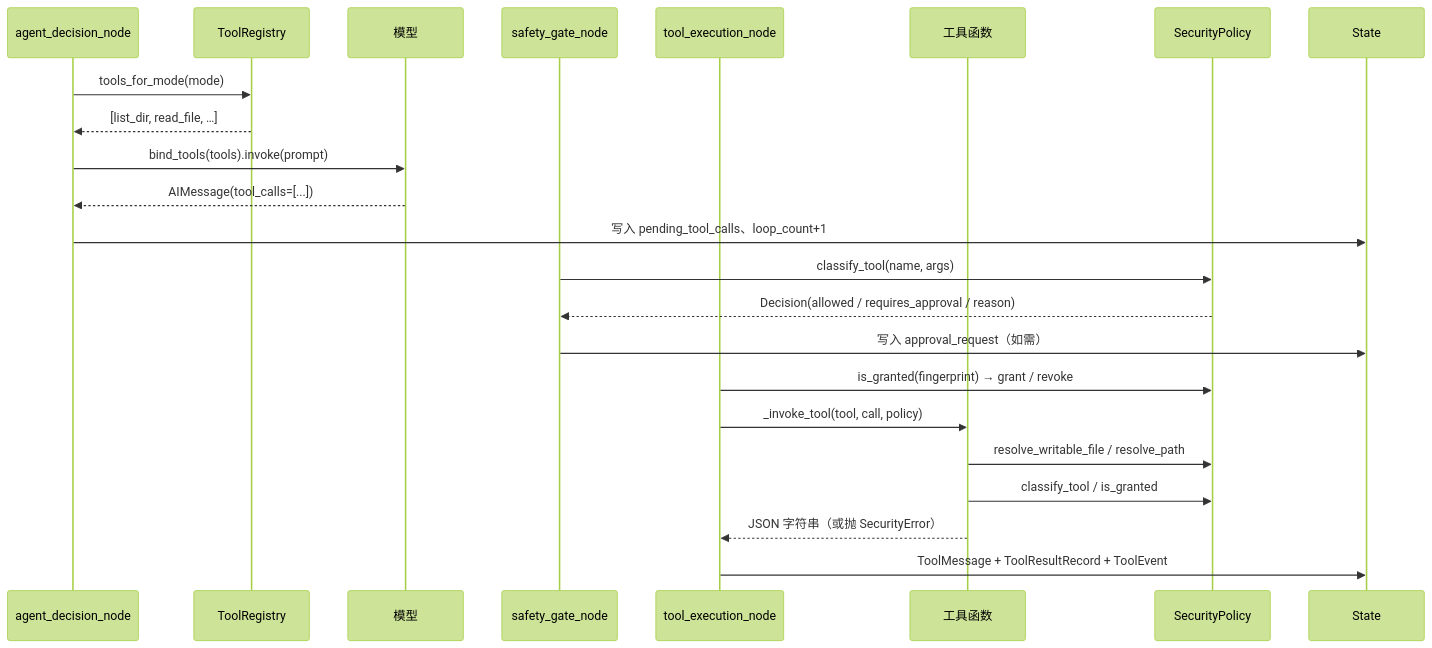
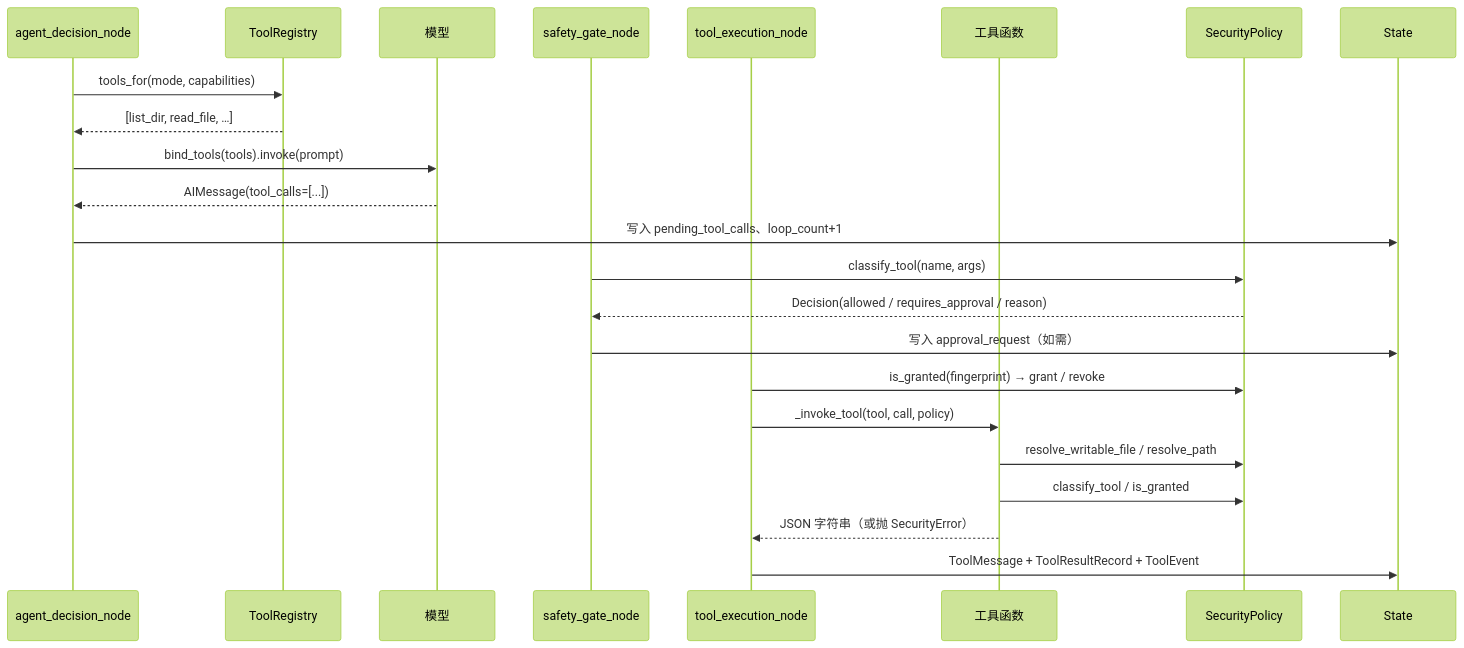
One commit to LaoTouAiLe/chaiai changed the second of 2 diagrams in docs/lessons/08-tools.md. Above: the diagram before and after it, drawn with Mermaid (forest theme). The commit also changed other lines of this file and 4 other files, not shown here.

````diff
--- a/docs/lessons/08-tools.md
+++ b/docs/lessons/08-tools.md
@@ -1574,28 +1589,28 @@
 ```mermaid
 sequenceDiagram
     participant AD as agent_decision_node
     participant R as ToolRegistry
     participant M as 模型
     participant SG as safety_gate_node
     participant TE as tool_execution_node
     participant T as 工具函数
     participant P as SecurityPolicy
     participant S as State
 
-    AD->>R: tools_for_mode(mode)
+    AD->>R: tools_for(mode, capabilities)
     R-->>AD: [list_dir, read_file, …]
     AD->>M: bind_tools(tools).invoke(prompt)
     M-->>AD: AIMessage(tool_calls=[...])
     AD->>S: 写入 pending_tool_calls、loop_count+1
 
     SG->>P: classify_tool(name, args)
     P-->>SG: Decision(allowed / requires_approval / reason)
     SG->>S: 写入 approval_request（如需）
 
     TE->>P: is_granted(fingerprint) → grant / revoke
     TE->>T: _invoke_tool(tool, call, policy)
     T->>P: resolve_writable_file / resolve_path
     T->>P: classify_tool / is_granted
     T-->>TE: JSON 字符串（或抛 SecurityError）
     TE->>S: ToolMessage + ToolResultRecord + ToolEvent
 ```
````
